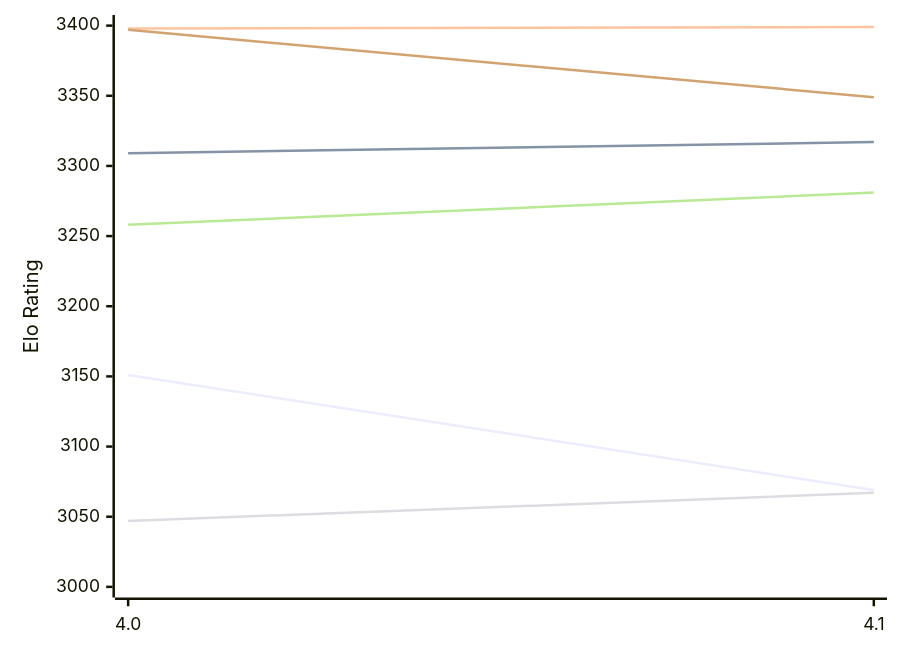
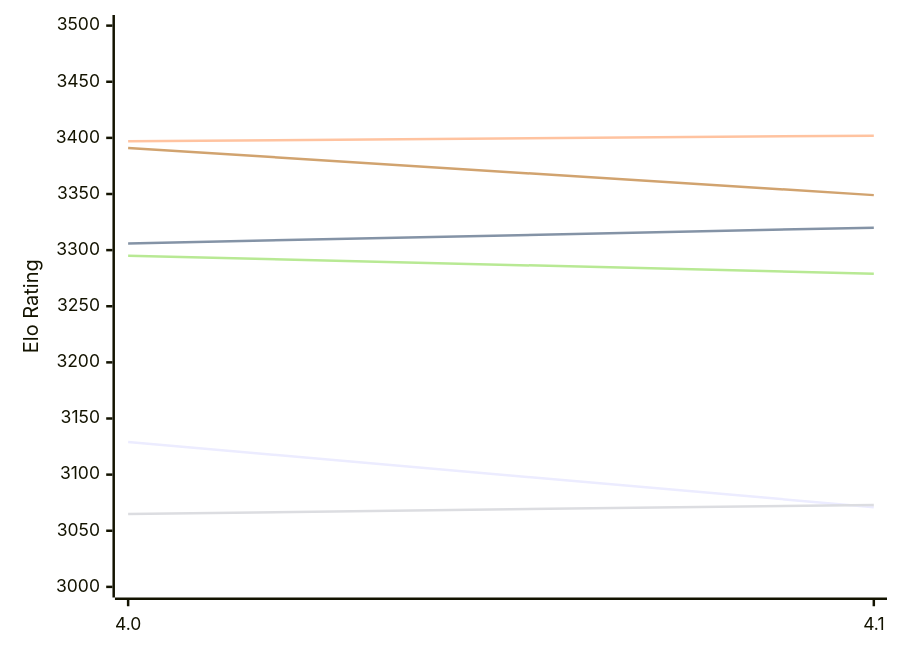
The first of 2 diagrams in engines/Petrel.md (computer-chess-index/cci), drawn with Mermaid before and after one commit. The commit also changed other lines of this file, not shown here.

Commit message:
Update CCI Ratings (ELO VLTC) - 2026-11-17

````diff
--- a/engines/Petrel.md
+++ b/engines/Petrel.md
@@ -57,12 +57,12 @@
 ```mermaid
 %%{init: {"theme":"base","themeVariables":{"seriesColors:['#a3a3a3','#222221','#faa371']}}}%%
 xychart-beta
   x-axis ["4.0", "4.1"]
-  y-axis "Elo Rating" 3000 --> 3400
-  line "E1: STC (8.0+0.08s)" [3151, 3069]
-  line "E1: LTC (60.0+0.60s)" [3309, 3317]
-  line "E1: VLTC (2m24s+1.12s)" [3398, 3399]
-  line "P1: STC (8.0+0.08s)" [3047, 3067]
-  line "P1: LTC (60.0+0.60s)" [3258, 3281]
-  line "P1: VLTC (2m24s+1.12s)" [3397, 3349]
+  y-axis "Elo Rating" 3000 --> 3500
+  line "E1: STC (8.0+0.08s)" [3129, 3071]
+  line "E1: LTC (60.0+0.60s)" [3306, 3320]
+  line "E1: VLTC (2m24s+1.12s)" [3397, 3402]
+  line "P1: STC (8.0+0.08s)" [3065, 3073]
+  line "P1: LTC (60.0+0.60s)" [3295, 3279]
+  line "P1: VLTC (2m24s+1.12s)" [3391, 3349]
 ```
````
